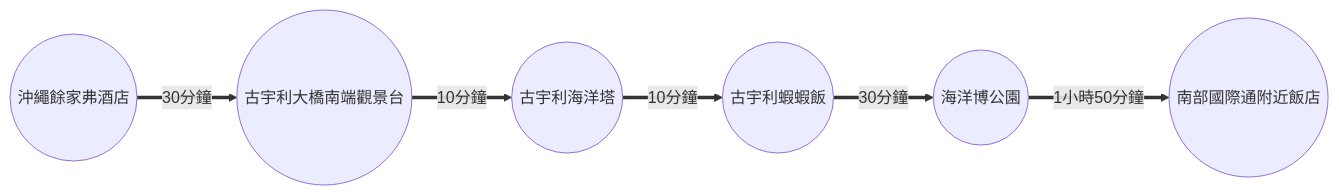
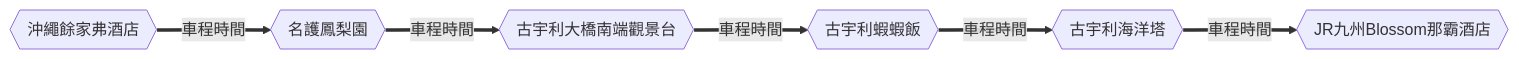
The tenth of 12 diagrams in docs/blog/posts/okinawa/okinawa-2024-12/okinawa-2024-12.md (wilder640/trip), drawn with Mermaid before and after one commit. The commit also changed other lines of this file and 12 other files, not shown here.

````diff
--- a/docs/blog/posts/okinawa/okinawa-2024-12/okinawa-2024-12.md
+++ b/docs/blog/posts/okinawa/okinawa-2024-12/okinawa-2024-12.md
@@ -154,4 +147,4 @@
 ``` mermaid
 graph LR
-  A((沖繩餘家弗酒店)) == 30分鐘 ==> Ｂ((古宇利大橋南端觀景台)) == 10分鐘 ==> Ｃ((古宇利海洋塔)) == 10分鐘 ==> Ｄ((古宇利蝦蝦飯)) == 30分鐘 ==> E((海洋博公園)) == 1小時50分鐘 ==> F((南部國際通附近飯店))
+  A{{沖繩餘家弗酒店}} == 車程時間 ==> B{{名護鳳梨園}} == 車程時間 ==>  C{{古宇利大橋南端觀景台}} == 車程時間 ==> D{{古宇利蝦蝦飯}} == 車程時間 ==> E{{古宇利海洋塔}} == 車程時間 ==> F{{JR九州Blossom那霸酒店}}
 ```
````
